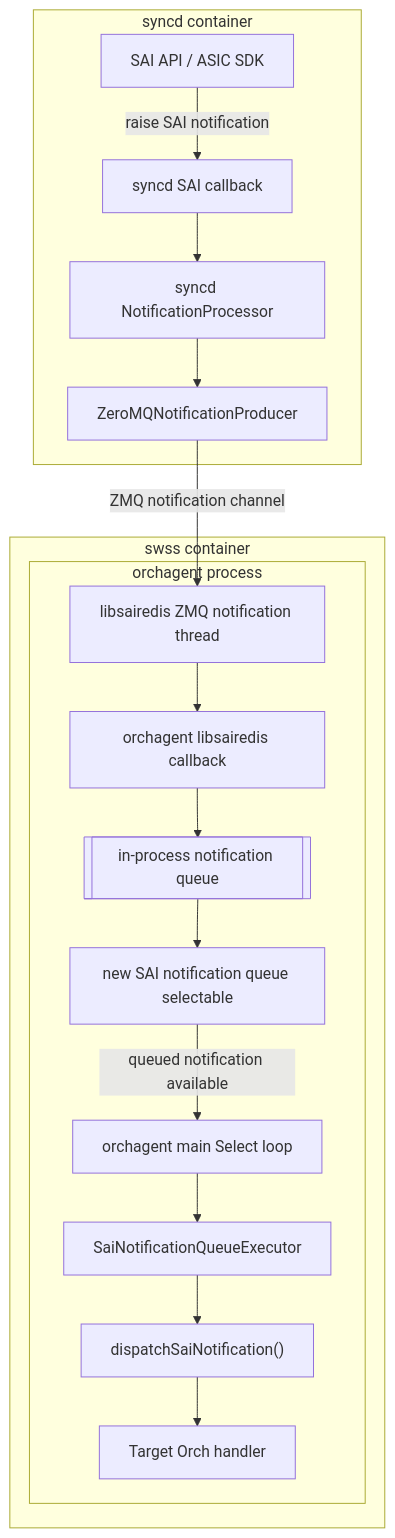
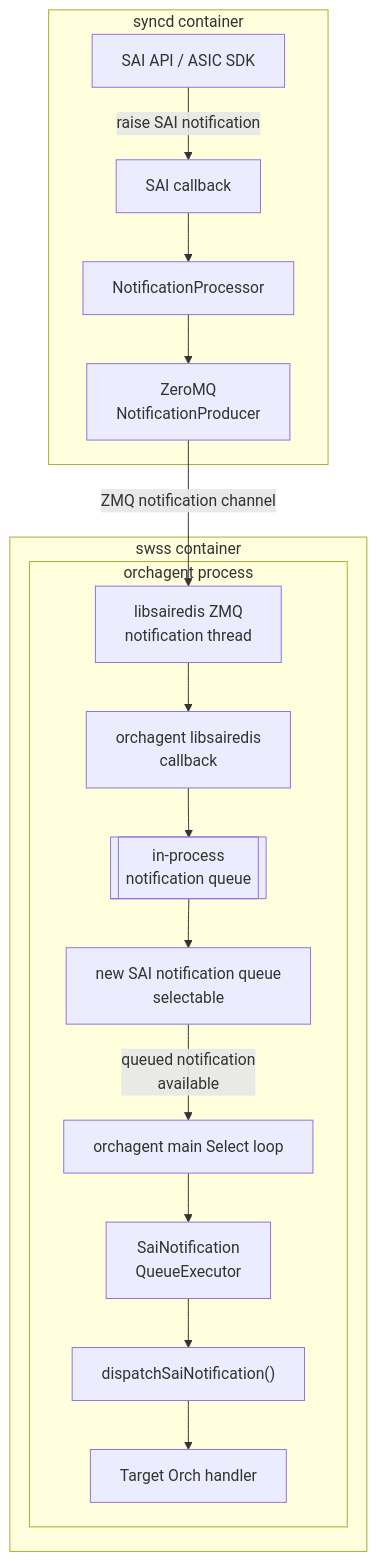
Before and after one commit to sonic-net/sonic-buildimage: the fifth of 11 diagrams in hld/zmq-southbound-sai-notification-handling.md, drawn with Mermaid. The commit also changed other lines of this file, not shown here.

Commit message:
Improve HLD Mermaid diagram rendering

````diff
--- a/hld/zmq-southbound-sai-notification-handling.md
+++ b/hld/zmq-southbound-sai-notification-handling.md
@@ -337,35 +337,35 @@
 ```mermaid
 flowchart TD
     subgraph syncdContainer["syncd container"]
         saiApi["SAI API / ASIC SDK"]
-        syncdCallback["syncd SAI callback"]
-        notificationProcessor["syncd NotificationProcessor"]
-        zmqProducer["ZeroMQNotificationProducer"]
+        syncdCallback["SAI callback"]
+        notificationProcessor["NotificationProcessor"]
+        zmqProducer["ZeroMQ<br/>NotificationProducer"]
     end
 
     subgraph swssContainer["swss container"]
         subgraph orchagentProcess["orchagent process"]
-            zmqThread["libsairedis ZMQ notification thread"]
-            saiCallback["orchagent libsairedis callback"]
-            notificationQueue[["in-process notification queue"]]
-            selectableEvent["new SAI notification queue selectable"]
+            zmqThread["libsairedis ZMQ<br/>notification thread"]
+            saiCallback["orchagent libsairedis<br/>callback"]
+            notificationQueue[["in-process<br/>notification queue"]]
+            selectableEvent["new SAI notification queue<br/>selectable"]
             mainLoop["orchagent main Select loop"]
-            queueExecutor["SaiNotificationQueueExecutor"]
+            queueExecutor["SaiNotification<br/>QueueExecutor"]
             dispatcher["dispatchSaiNotification()"]
             orchHandler["Target Orch handler"]
         end
     end
 
     saiApi -->|"raise SAI notification"| syncdCallback
     syncdCallback --> notificationProcessor
     notificationProcessor --> zmqProducer
     zmqProducer -->|"ZMQ notification channel"| zmqThread
     zmqThread --> saiCallback
 
     saiCallback --> notificationQueue
     notificationQueue --> selectableEvent
-    selectableEvent -->|"queued notification available"| mainLoop
+    selectableEvent -->|"queued notification<br/>available"| mainLoop
     mainLoop --> queueExecutor
     queueExecutor --> dispatcher
     dispatcher --> orchHandler
 ```
````
